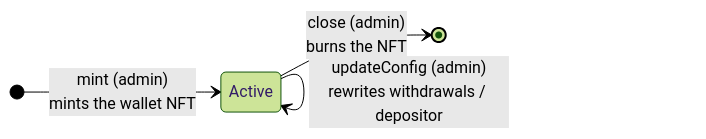
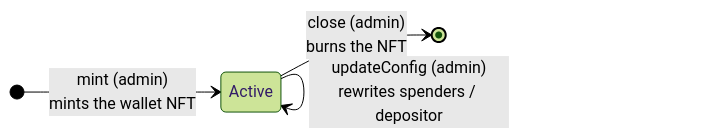
The diagram in docs/smart-wallet/usage.md (input-output-hk/contracts-library), drawn with Mermaid (forest theme) before and after one commit. The commit also changed other lines of this file and 16 other files, not shown here.

Commit message:
Refactor smart wallet to use 'spenders' map instead of 'withdrawals'

````diff
--- a/docs/smart-wallet/usage.md
+++ b/docs/smart-wallet/usage.md
@@ -46,9 +46,9 @@
 ```mermaid
 stateDiagram-v2
     direction LR
     [*] --> Active: mint (admin)<br/>mints the wallet NFT
     Active --> Active: deposit (depositor)<br/>adds funds, datum preserved
     Active --> Active: spend (M-of-N + delegated scripts)<br/>pays out, keeps the NFT
-    Active --> Active: updateConfig (admin)<br/>rewrites withdrawals / depositor
+    Active --> Active: updateConfig (admin)<br/>rewrites spenders / depositor
     Active --> [*]: close (admin)<br/>burns the NFT
 ```
````
